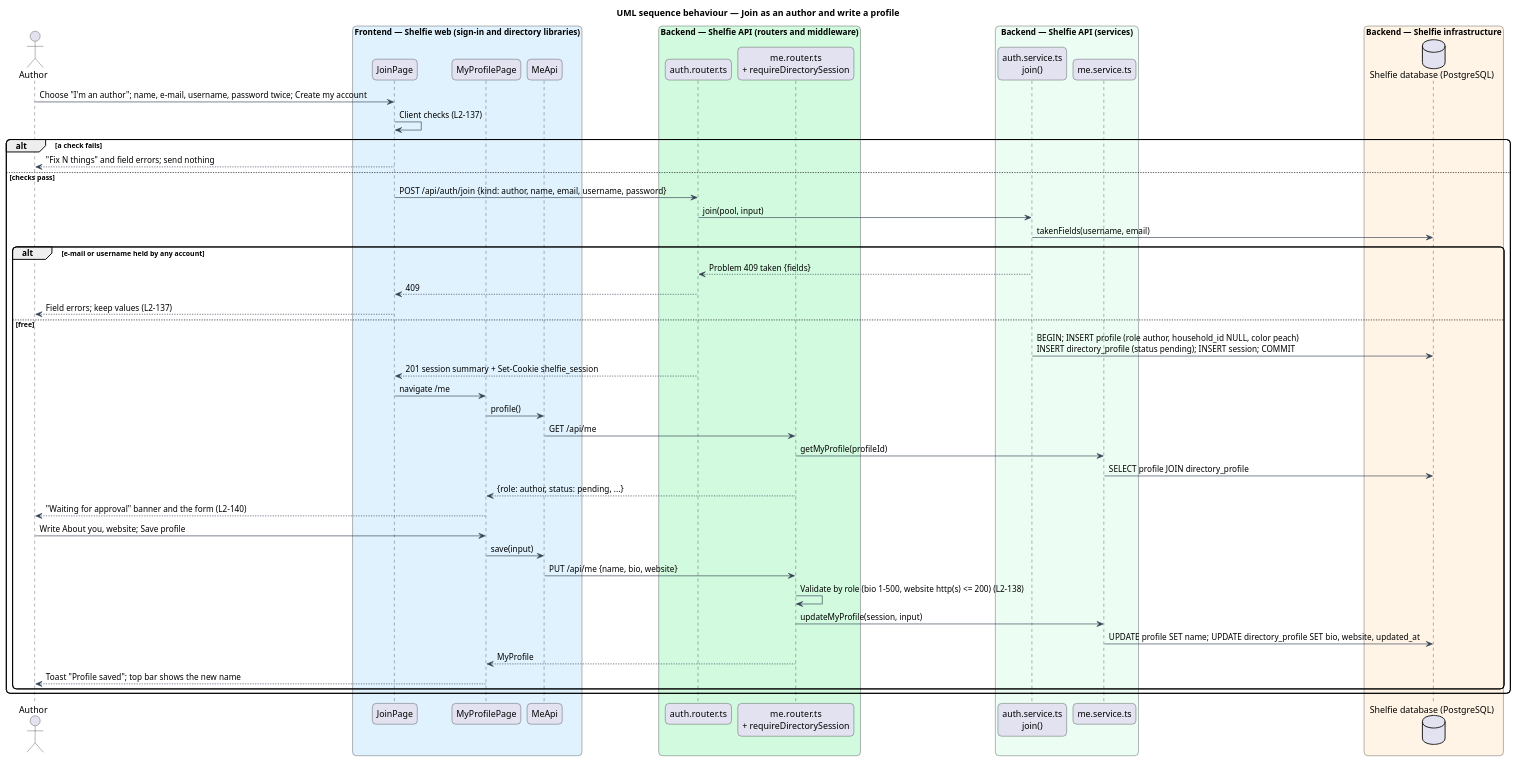
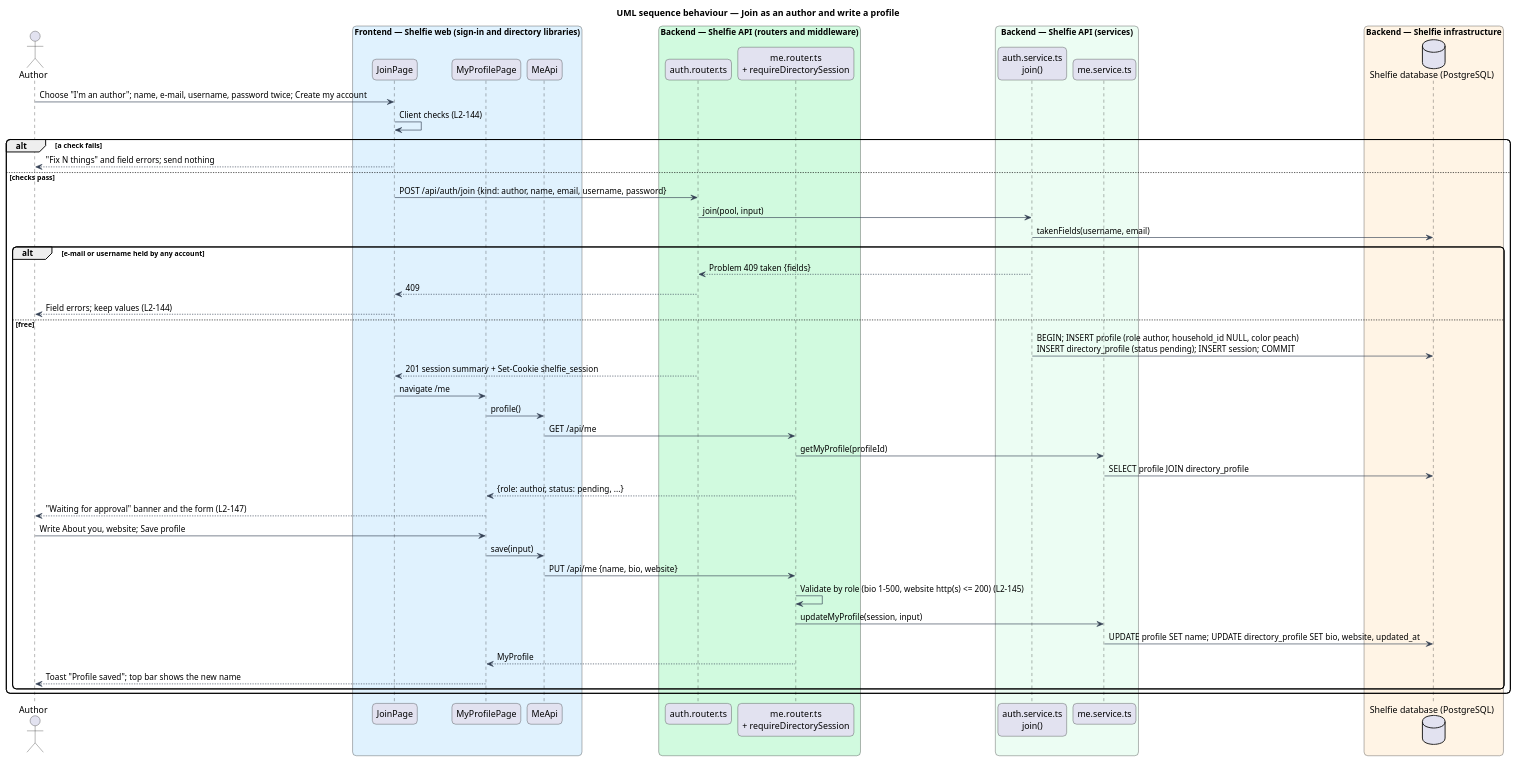
The diagram in docs/detailed-designs/directory/author-profile/diagrams/sequence-join-and-edit.puml (QuinntyneBrown/shelfie), drawn with PlantUML before and after one commit. The commit also changed 125 other files, not shown here.

```diff
--- a/docs/detailed-designs/directory/author-profile/diagrams/sequence-join-and-edit.puml
+++ b/docs/detailed-designs/directory/author-profile/diagrams/sequence-join-and-edit.puml
@@ -1,58 +1,58 @@
 @startuml
 title UML sequence behaviour — Join as an author and write a profile
 skinparam backgroundColor #FFFFFF
 skinparam shadowing false
 skinparam roundcorner 12
 skinparam defaultFontName Arial
 skinparam ArrowColor #344054
 actor "Author" as author
 box "Frontend — Shelfie web (sign-in and directory libraries)" #E0F2FE
   participant "JoinPage" as join
   participant "MyProfilePage" as page
   participant "MeApi" as client
 end box
 box "Backend — Shelfie API (routers and middleware)" #D1FADF
   participant "auth.router.ts" as auth
   participant "me.router.ts\n+ requireDirectorySession" as me
 end box
 box "Backend — Shelfie API (services)" #ECFDF3
   participant "auth.service.ts\njoin()" as svc
   participant "me.service.ts" as mesvc
 end box
 box "Backend — Shelfie infrastructure" #FFF4E5
   database "Shelfie database (PostgreSQL)" as db
 end box
 
 author -> join : Choose "I'm an author"; name, e-mail, username, password twice; Create my account
-join -> join : Client checks (L2-137)
+join -> join : Client checks (L2-144)
 alt a check fails
   join --> author : "Fix N things" and field errors; send nothing
 else checks pass
   join -> auth : POST /api/auth/join {kind: author, name, email, username, password}
   auth -> svc : join(pool, input)
   svc -> db : takenFields(username, email)
   alt e-mail or username held by any account
     svc --> auth : Problem 409 taken {fields}
     auth --> join : 409
-    join --> author : Field errors; keep values (L2-137)
+    join --> author : Field errors; keep values (L2-144)
   else free
     svc -> db : BEGIN; INSERT profile (role author, household_id NULL, color peach)\nINSERT directory_profile (status pending); INSERT session; COMMIT
     auth --> join : 201 session summary + Set-Cookie shelfie_session
     join -> page : navigate /me
     page -> client : profile()
     client -> me : GET /api/me
     me -> mesvc : getMyProfile(profileId)
     mesvc -> db : SELECT profile JOIN directory_profile
     me --> page : {role: author, status: pending, ...}
-    page --> author : "Waiting for approval" banner and the form (L2-140)
+    page --> author : "Waiting for approval" banner and the form (L2-147)
     author -> page : Write About you, website; Save profile
     page -> client : save(input)
     client -> me : PUT /api/me {name, bio, website}
-    me -> me : Validate by role (bio 1-500, website http(s) <= 200) (L2-138)
+    me -> me : Validate by role (bio 1-500, website http(s) <= 200) (L2-145)
     me -> mesvc : updateMyProfile(session, input)
     mesvc -> db : UPDATE profile SET name; UPDATE directory_profile SET bio, website, updated_at
     me --> page : MyProfile
     page --> author : Toast "Profile saved"; top bar shows the new name
   end
 end
 @enduml
```
